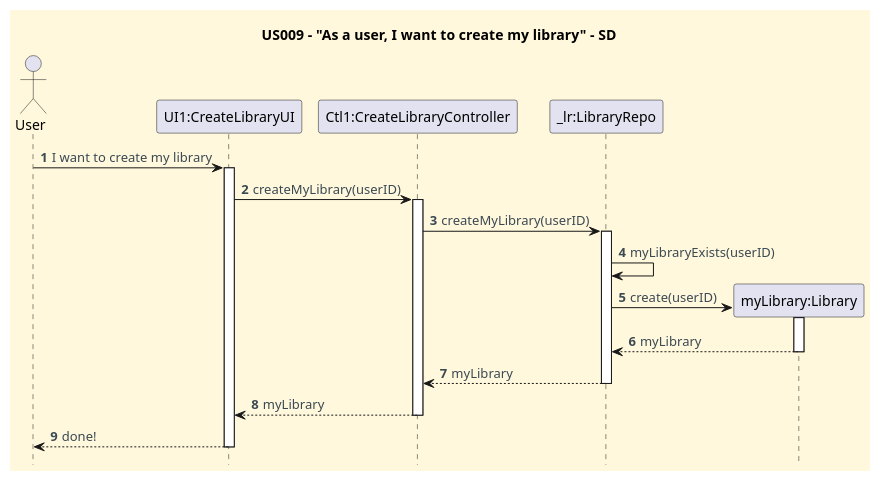
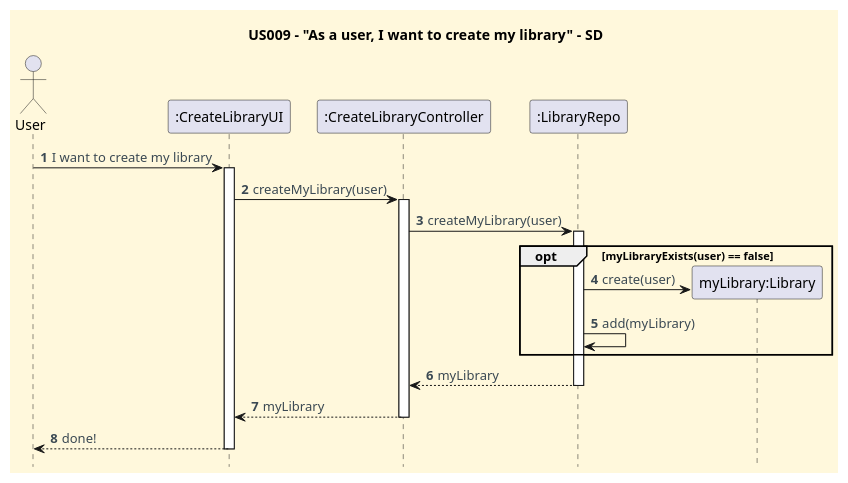
Before and after one commit to CarolinaLeite-collab/JavaMarketplacePlatform: the diagram in docs/userStories/US009/US009_create_my_library_SD.puml, drawn with PlantUML. The commit also changed 1 other file, not shown here.

```diff
--- a/docs/userStories/US009/US009_create_my_library_SD.puml
+++ b/docs/userStories/US009/US009_create_my_library_SD.puml
@@ -1,48 +1,53 @@
 @startuml
 title US009 - "As a user, I want to create my library" - SD
 hidefootbox
 
 '==== basic style ====
 skinparam monochrome false
 skinparam shadowing false
 skinparam defaultFontName Futura
 skinparam objectFontSize 20
 skinparam backgroundColor CornSilk
 skinparam objectBackgroundColor WhiteSmoke
 skinparam noteBackgroundColor #FFFFE0
 skinparam ArrowFontColor #3B4953
 skinparam ActivationBackgroundColor black
 
 autonumber
 autoactivate off
 
 ' --- Actor and participants ---
 actor User
-participant "UI1:CreateLibraryUI"
-participant "Ctl1:CreateLibraryController"
-participant "_lr:LibraryRepo"
+participant ":CreateLibraryUI" as UI
+participant ":CreateLibraryController" as CTL
+participant ":LibraryRepo" as LR
 
 ' --- UI interaction ---
-User -> "UI1:CreateLibraryUI": I want to create my library
-activate "UI1:CreateLibraryUI"
+User -> UI: I want to create my library
+activate UI
 
 
 ' --- Use case execution ---
-"UI1:CreateLibraryUI" -> "Ctl1:CreateLibraryController": createMyLibrary(userID)
-activate "Ctl1:CreateLibraryController"
-"Ctl1:CreateLibraryController" -> "_lr:LibraryRepo": createMyLibrary(userID)
-activate "_lr:LibraryRepo"
-"_lr:LibraryRepo" -> "_lr:LibraryRepo": myLibraryExists(userID)
-create "myLibrary:Library"
-"_lr:LibraryRepo" -> "myLibrary:Library": create(userID)
-activate "myLibrary:Library"
-"myLibrary:Library" --> "_lr:LibraryRepo": myLibrary
-deactivate "myLibrary:Library"
-"_lr:LibraryRepo" --> "Ctl1:CreateLibraryController": myLibrary
-deactivate "_lr:LibraryRepo"
-"Ctl1:CreateLibraryController" --> "UI1:CreateLibraryUI": myLibrary
-deactivate "Ctl1:CreateLibraryController"
-"UI1:CreateLibraryUI" --> User: done!
-deactivate "UI1:CreateLibraryUI"
+UI -> CTL: createMyLibrary(user)
+activate CTL
+CTL -> LR: createMyLibrary(user)
+activate LR
+
+    opt myLibraryExists(user) == false
+        create "myLibrary:Library"
+        LR -> "myLibrary:Library": create(user)
+        LR -> LR: add(myLibrary)
+    end
+
+
+'activate "myLibrary:Library"
+'"myLibrary:Library" --> "_lr:LibraryRepo": myLibrary
+'deactivate "myLibrary:Library"
+LR --> CTL: myLibrary
+deactivate LR
+CTL --> UI: myLibrary
+deactivate CTL
+UI --> User: done!
+deactivate UI
 
 @enduml
```
